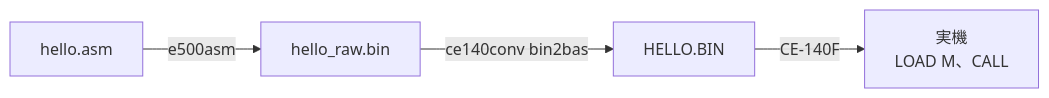
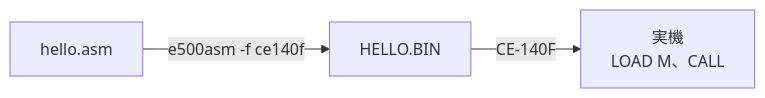
The second of 2 diagrams in docs/manual/01_QUICKSTART_WINDOWS.md (litchi-gh/pc-e500_tools), drawn with Mermaid before and after one commit. The commit also changed other lines of this file and 60 other files, not shown here.

````diff
--- a/docs/manual/01_QUICKSTART_WINDOWS.md
+++ b/docs/manual/01_QUICKSTART_WINDOWS.md
@@ -195,4 +194,4 @@
 ```mermaid
 flowchart LR
-  A["hello.asm"] -- e500asm --> B["hello_raw.bin"] -- "ce140conv bin2bas" --> C["HELLO.BIN"] -- "CE-140F" --> D["実機<br>LOAD M、CALL"]
+  A["hello.asm"] -- "e500asm -f ce140f" --> C["HELLO.BIN"] -- "CE-140F" --> D["実機<br>LOAD M、CALL"]
 ```
````
